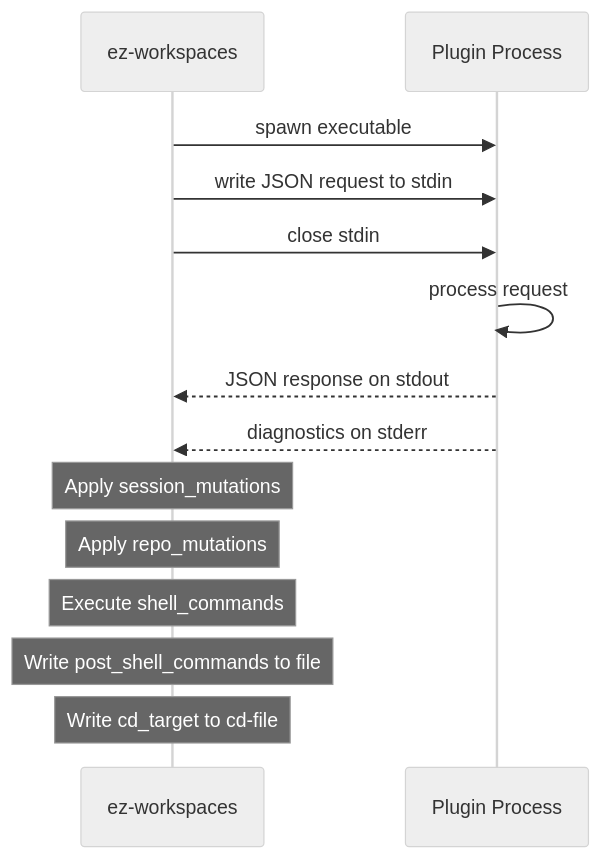
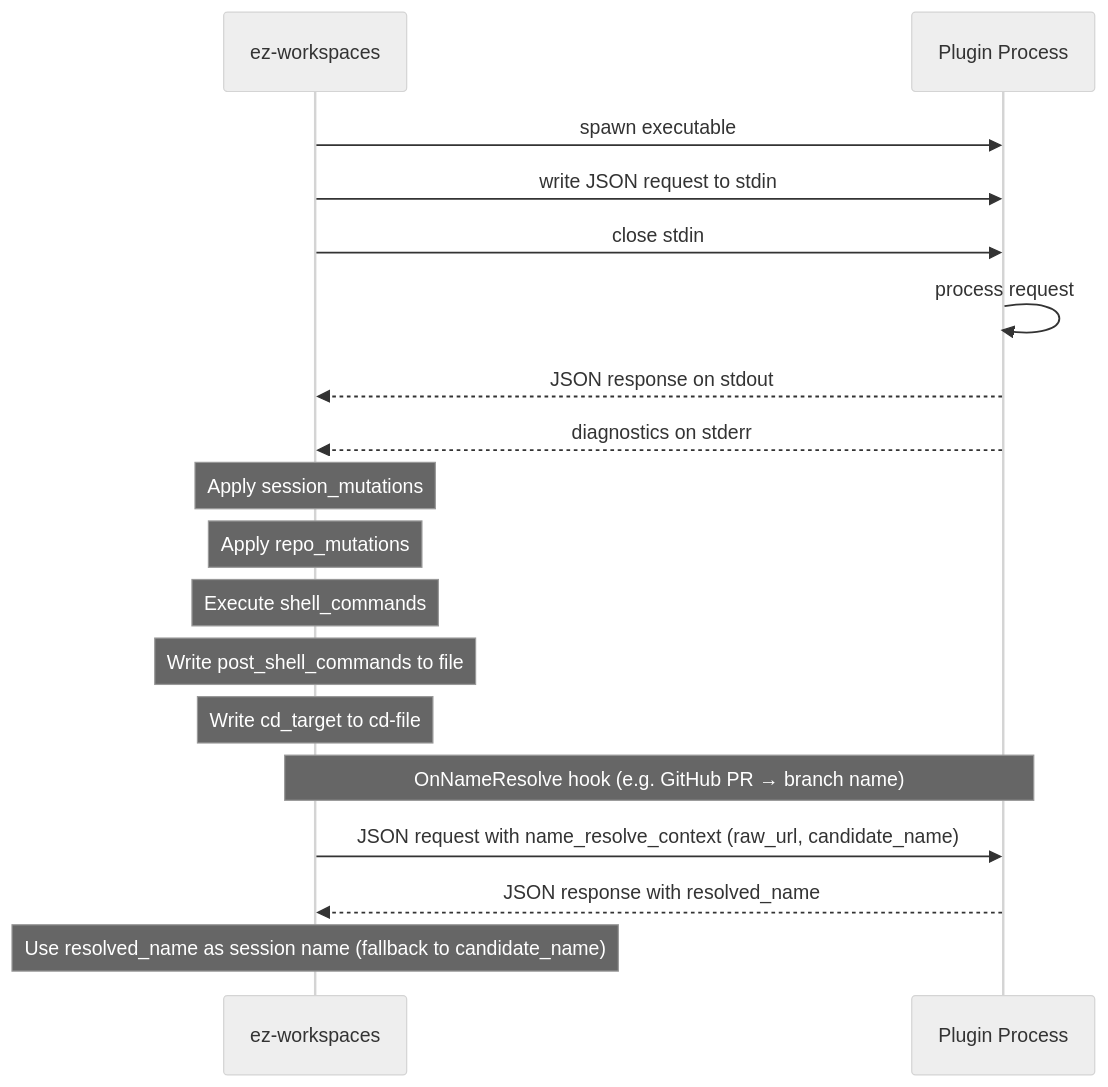
The fifth of 8 diagrams in docs/design.md (KoalaVim/ez-workspaces), drawn with Mermaid (neutral theme) before and after one commit. The commit also changed 37 other files, not shown here.

````diff
--- a/docs/design.md
+++ b/docs/design.md
@@ -112,18 +112,23 @@
 ```mermaid
 sequenceDiagram
     participant EZ as ez-workspaces
     participant P as Plugin Process
 
     EZ->>P: spawn executable
     EZ->>P: write JSON request to stdin
     EZ->>P: close stdin
     P->>P: process request
     P-->>EZ: JSON response on stdout
     P-->>EZ: diagnostics on stderr
 
     Note over EZ: Apply session_mutations
     Note over EZ: Apply repo_mutations
     Note over EZ: Execute shell_commands
     Note over EZ: Write post_shell_commands to file
     Note over EZ: Write cd_target to cd-file
+
+    Note over EZ,P: OnNameResolve hook (e.g. GitHub PR → branch name)
+    EZ->>P: JSON request with name_resolve_context (raw_url, candidate_name)
+    P-->>EZ: JSON response with resolved_name
+    Note over EZ: Use resolved_name as session name (fallback to candidate_name)
 ```
````
